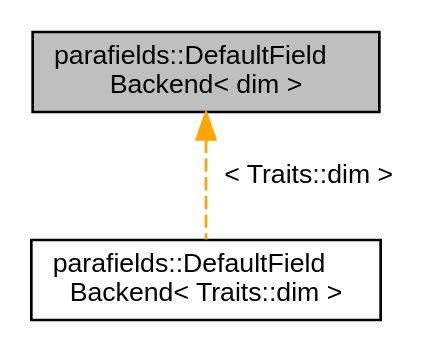
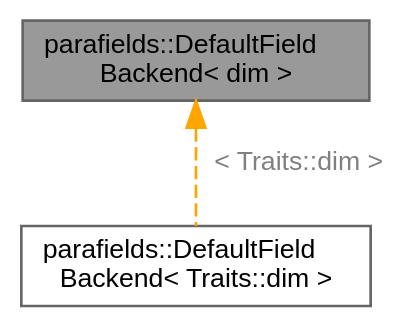
Before and after one commit to parafields/parafields-core: the diagram in a01004.dot, drawn with Graphviz. The commit also changed 509 other files, not shown here.

```diff
--- a/a01004.dot
+++ b/a01004.dot
@@ -1,9 +1,10 @@
 digraph "parafields::DefaultFieldBackend&lt; dim &gt;"
 {
  // LATEX_PDF_SIZE
-  edge [fontname="Helvetica",fontsize="10",labelfontname="Helvetica",labelfontsize="10"];
-  node [fontname="Helvetica",fontsize="10",shape=record];
-  Node1 [label="parafields::DefaultField\lBackend\< dim \>",height=0.2,width=0.4,color="black", fillcolor="grey75", style="filled", fontcolor="black",tooltip="Default field backend for dim > 1."];
-  Node1 -> Node2 [dir="back",color="orange",fontsize="10",style="dashed",label=" \< Traits::dim \>" ,fontname="Helvetica"];
-  Node2 [label="parafields::DefaultField\lBackend\< Traits::dim \>",height=0.2,width=0.4,color="black", fillcolor="white", style="filled",URL="$a01005.html",tooltip=" "];
+  bgcolor="transparent";
+  edge [fontname=Helvetica,fontsize=10,labelfontname=Helvetica,labelfontsize=10];
+  node [fontname=Helvetica,fontsize=10,shape=box,height=0.2,width=0.4];
+  Node1 [id="Node000001",label="parafields::DefaultField\lBackend\< dim \>",height=0.2,width=0.4,color="gray40", fillcolor="grey60", style="filled", fontcolor="black",tooltip="Default field backend for dim > 1."];
+  Node1 -> Node2 [id="edge1_Node000001_Node000002",dir="back",color="orange",style="dashed",tooltip=" ",label=" \< Traits::dim \>",fontcolor="grey" ];
+  Node2 [id="Node000002",label="parafields::DefaultField\lBackend\< Traits::dim \>",height=0.2,width=0.4,color="gray40", fillcolor="white", style="filled",URL="$a01005.html",tooltip=" "];
 }
```
